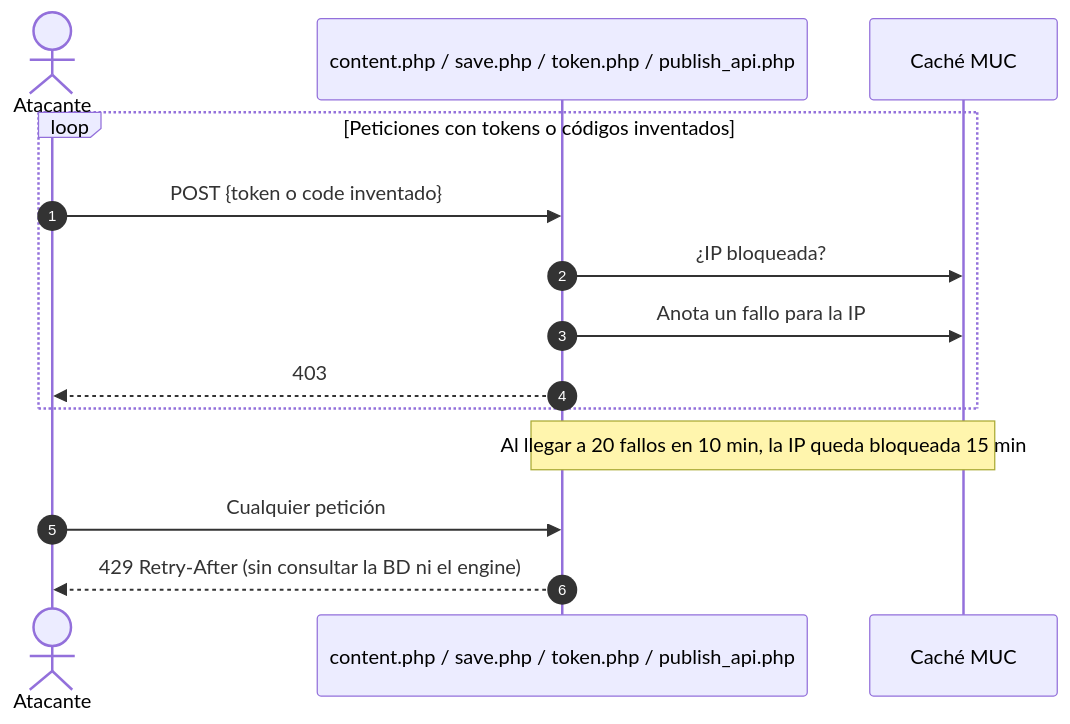
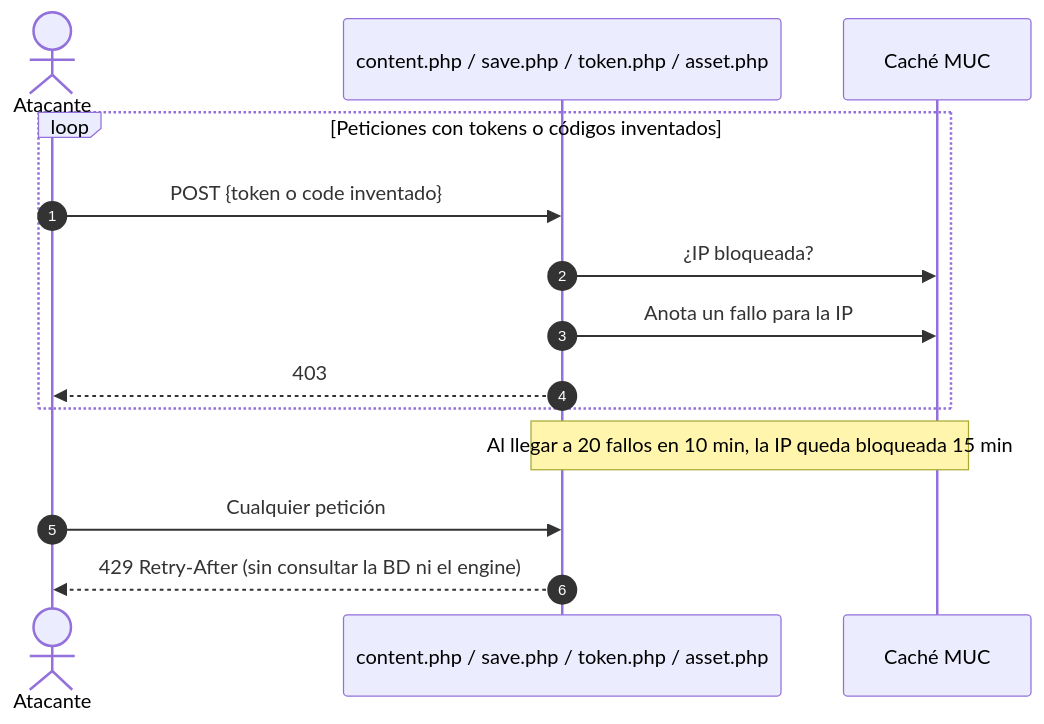
One commit to darioaxel/moodle-liaeditor-git changed the tenth of 15 diagrams in docs/Seguridad — Evaluación del plugin local_liamateriales.md. Above: the diagram before and after it, drawn with Mermaid. The commit also changed other lines of this file and 13 other files, not shown here.

First line of the commit message:
Publicar solo desde el plugin: retirado publish_api.php (2.8.0)

````diff
--- a/docs/Seguridad — Evaluación del plugin local_liamateriales.md
+++ b/docs/Seguridad — Evaluación del plugin local_liamateriales.md
@@ -451,17 +450,17 @@
 ```mermaid
 sequenceDiagram
   autonumber
   actor X as Atacante
-  participant S as content.php / save.php / token.php / publish_api.php
+  participant S as content.php / save.php / token.php / asset.php
   participant MUC as Caché MUC
 
   loop Peticiones con tokens o códigos inventados
     X->>S: POST {token o code inventado}
     S->>MUC: ¿IP bloqueada?
     S->>MUC: Anota un fallo para la IP
     S-->>X: 403
   end
   Note over S,MUC: Al llegar a 20 fallos en 10 min, la IP queda bloqueada 15 min
   X->>S: Cualquier petición
   S-->>X: 429 Retry-After (sin consultar la BD ni el engine)
 ```
````
